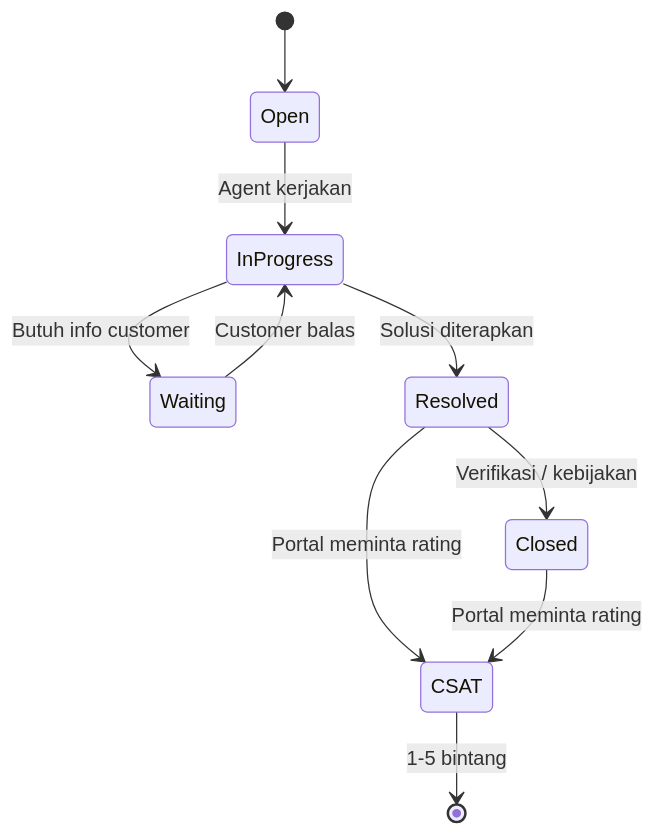
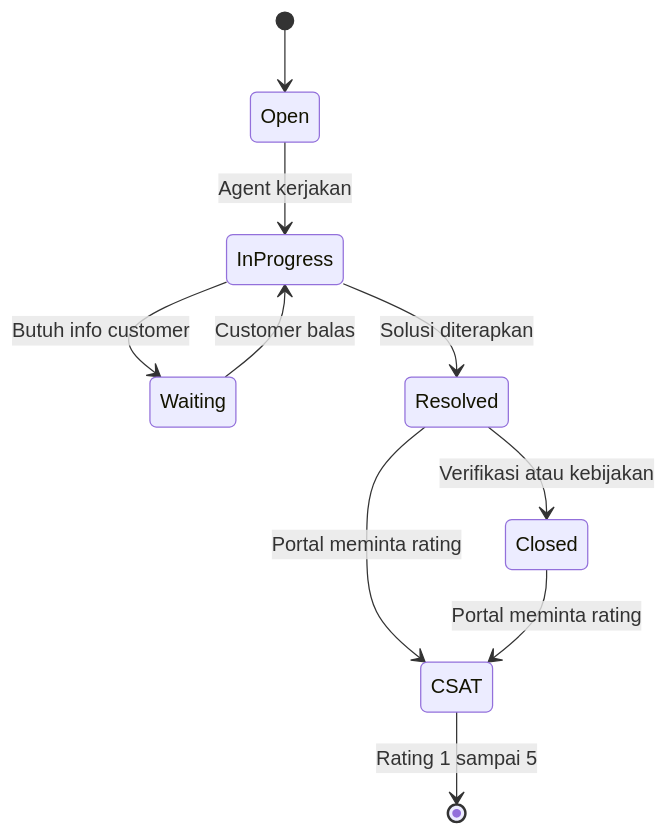
The fourth of 14 diagrams in docs/TICKETING-JOURNEY.md (bontiharyanto/novacrm), drawn with Mermaid before and after one commit. The commit also changed other lines of this file, not shown here.

First line of the commit message:
Fix Mermaid diagram syntax in ticketing journey doc for GitHub rendering.

````diff
--- a/docs/TICKETING-JOURNEY.md
+++ b/docs/TICKETING-JOURNEY.md
@@ -156,12 +156,12 @@
 ```mermaid
 stateDiagram-v2
   [*] --> Open
   Open --> InProgress: Agent kerjakan
   InProgress --> Waiting: Butuh info customer
   Waiting --> InProgress: Customer balas
   InProgress --> Resolved: Solusi diterapkan
-  Resolved --> Closed: Verifikasi / kebijakan
+  Resolved --> Closed: Verifikasi atau kebijakan
   Resolved --> CSAT: Portal meminta rating
   Closed --> CSAT: Portal meminta rating
-  CSAT --> [*]: 1-5 bintang
+  CSAT --> [*]: Rating 1 sampai 5
 ```
````
